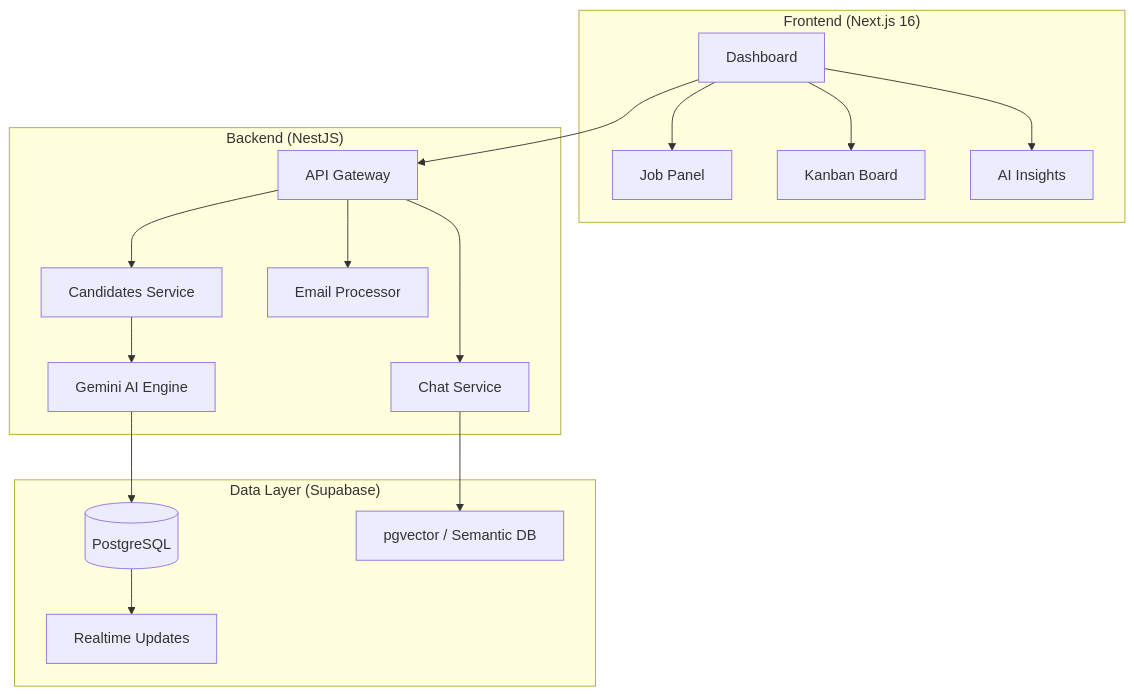
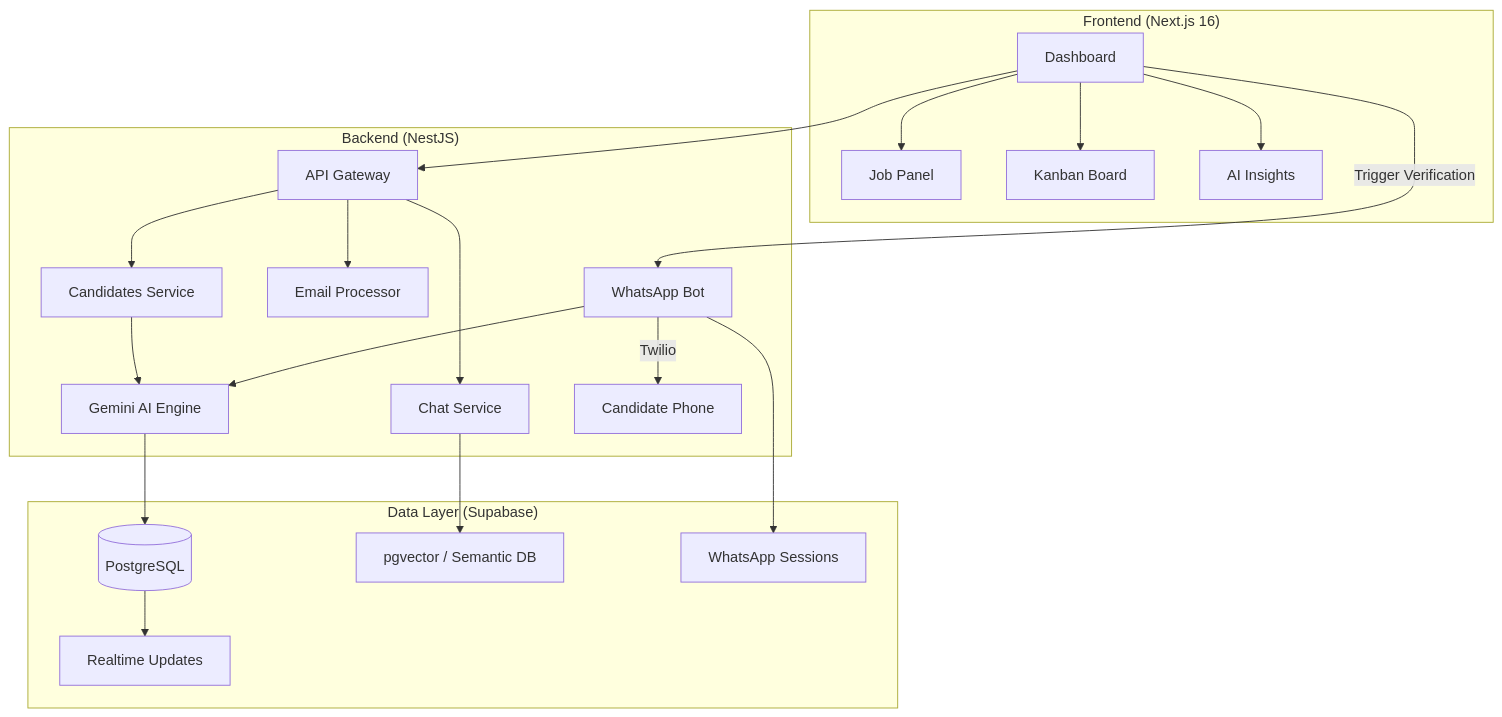
One commit to malgaroshy-maker/Sila-Ai changed the diagram in README.md. Above: the diagram before and after it, drawn with Mermaid. The commit also changed other lines of this file, not shown here.

Commit message:
docs: add WhatsApp CV Verification feature to README (EN + AR)

````diff
--- a/README.md
+++ b/README.md
@@ -79,26 +86,31 @@
 ```mermaid
 graph TB
     subgraph "Frontend (Next.js 16)"
         A[Dashboard] --> B[Job Panel]
         A --> C[Kanban Board]
         A --> D[AI Insights]
     end
 
     subgraph "Backend (NestJS)"
         E[API Gateway] --> F[Candidates Service]
         F --> G[Gemini AI Engine]
         E --> H[Chat Service]
         E --> L[Email Processor]
+        M[WhatsApp Bot] -->|Twilio| N[Candidate Phone]
+        M --> G
     end
 
     subgraph "Data Layer (Supabase)"
         I[(PostgreSQL)]
         J[pgvector / Semantic DB]
         K[Realtime Updates]
+        O[WhatsApp Sessions]
     end
 
     A --> E
     G --> I
     H --> J
     I --> K
+    M --> O
+    A -->|Trigger Verification| M
 ```
````
